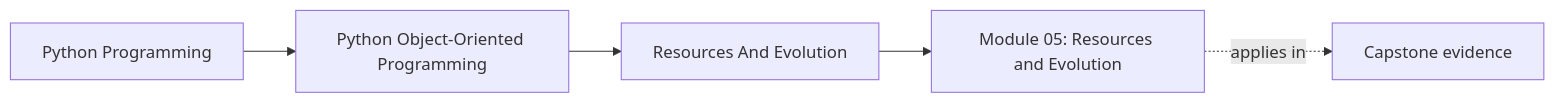
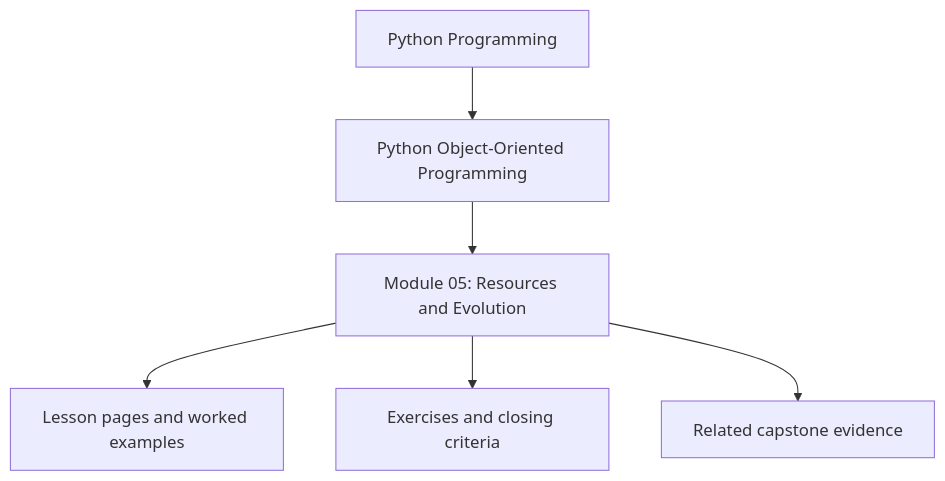
One commit to bijux/bijux-masterclass changed the first of 2 diagrams in programs/python-programming/python-object-oriented-programming/course-book/module-05-resources-and-evolution/index.md. Above: the diagram before and after it, drawn with Mermaid. The commit also changed other lines of this file and 10 other files, not shown here.

Commit message:
docs(python-object-oriented-programming): reposition module overview diagrams

````diff
--- a/programs/python-programming/python-object-oriented-programming/course-book/module-05-resources-and-evolution/index.md
+++ b/programs/python-programming/python-object-oriented-programming/course-book/module-05-resources-and-evolution/index.md
@@ -7,11 +7,8 @@
 ```mermaid
-graph LR
-  family["Python Programming"]
-  program["Python Object-Oriented Programming"]
-  section["Resources And Evolution"]
-  page["Module 05: Resources and Evolution"]
-  capstone["Capstone evidence"]
-
-  family --> program --> section --> page
-  page -.applies in.-> capstone
+flowchart TD
+  family["Python Programming"] --> program["Python Object-Oriented Programming"]
+  program --> module["Module 05: Resources and Evolution"]
+  module --> lessons["Lesson pages and worked examples"]
+  module --> checkpoints["Exercises and closing criteria"]
+  module --> capstone["Related capstone evidence"]
 ```
````
